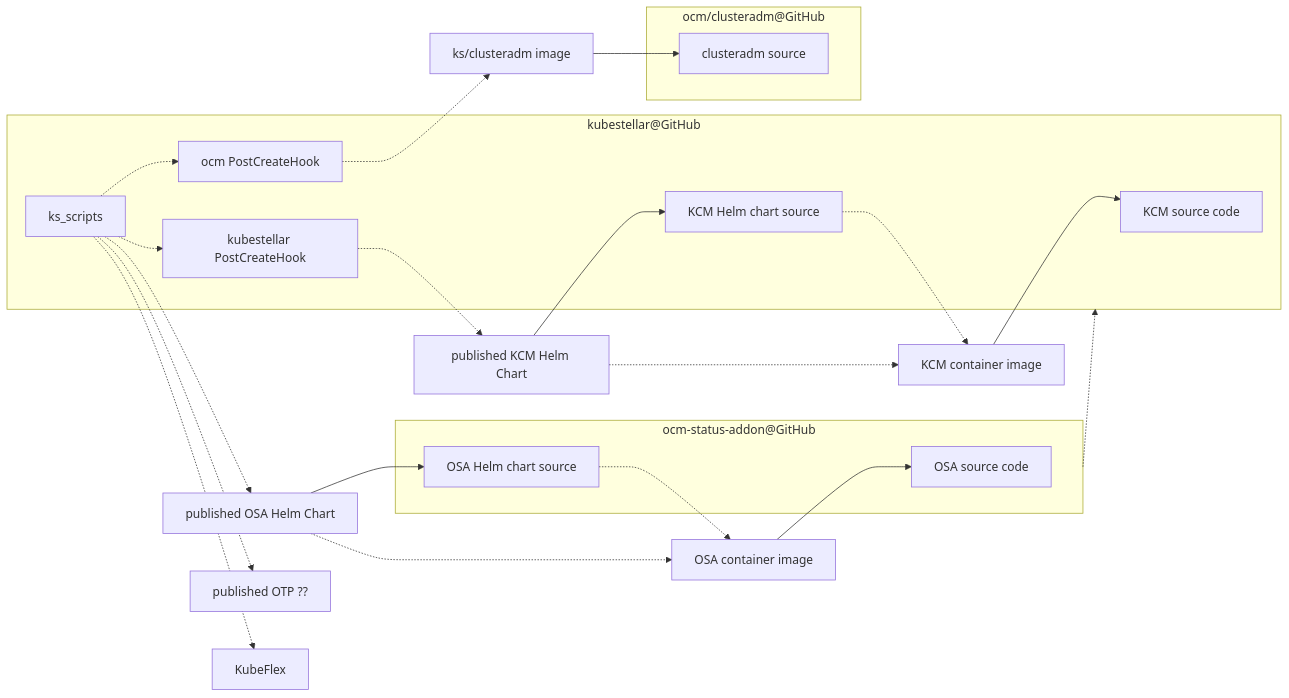
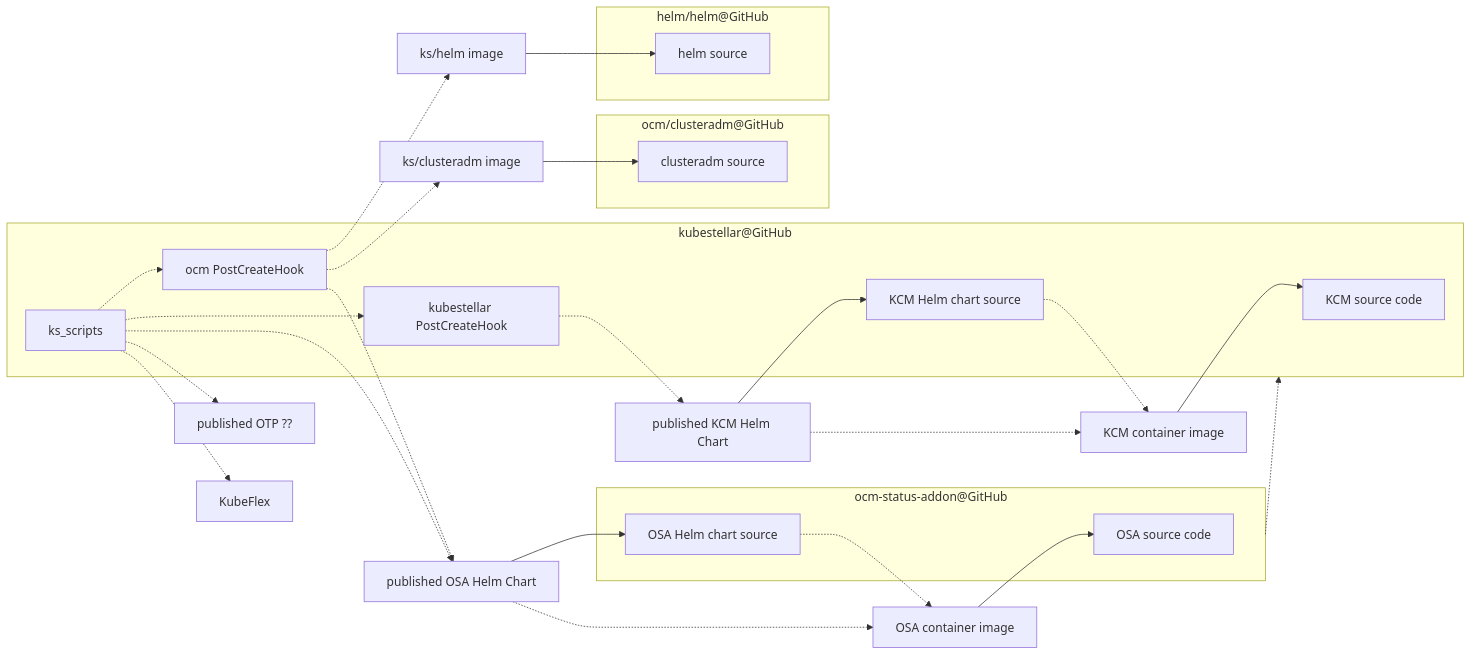
One commit to kubestellar/kubestellar changed the fourth of 4 diagrams in docs/content/direct/packaging.md. Above: the diagram before and after it, drawn with Mermaid. The commit also changed other lines of this file and 1 other file, not shown here.

Commit message:
Update packaging and architecture documentation

````diff
--- a/docs/content/direct/packaging.md
+++ b/docs/content/direct/packaging.md
@@ -234,33 +248,39 @@
 ```mermaid
 flowchart LR
     subgraph osa_repo["ocm-status-addon@GitHub"]
     osa_code[OSA source code]
     osa_hc_src[OSA Helm chart source]
     end
     osa_ctr_image[OSA container image] --> osa_code
     osa_hc_repo[published OSA Helm Chart] --> osa_hc_src
     osa_hc_src -.-> osa_ctr_image
     osa_hc_repo -.-> osa_ctr_image
+    subgraph helm_repo["helm/helm@GitHub"]
+    helm_src["helm source"]
+    end
     subgraph cladm_repo["ocm/clusteradm@GitHub"]
     cladm_src["clusteradm source"]
     end
     subgraph ks_repo["kubestellar@GitHub"]
     kcm_code[KCM source code]
     kcm_hc_src[KCM Helm chart source]
     ks_pch[kubestellar PostCreateHook]
     ocm_pch["ocm PostCreateHook"]
     ks_scripts -.-> ocm_pch
     ks_scripts -.-> ks_pch
     end
     osa_repo -.-> ks_repo
+    helm_image["ks/helm image"] --> helm_src
     cladm_image["ks/clusteradm image"] --> cladm_src
+    ocm_pch -.-> helm_image
     ocm_pch -.-> cladm_image
+    ocm_pch -.-> osa_hc_repo
     kcm_ctr_image[KCM container image] --> kcm_code
     kcm_hc_repo[published KCM Helm Chart] --> kcm_hc_src
     kcm_hc_src -.-> kcm_ctr_image
     kcm_hc_repo -.-> kcm_ctr_image
     ks_pch  -.-> kcm_hc_repo
     ks_scripts -.-> osa_hc_repo[published OSA Helm Chart]
     ks_scripts -.-> otp_something["published OTP ??"]
     ks_scripts -.-> KubeFlex
 ```
````
